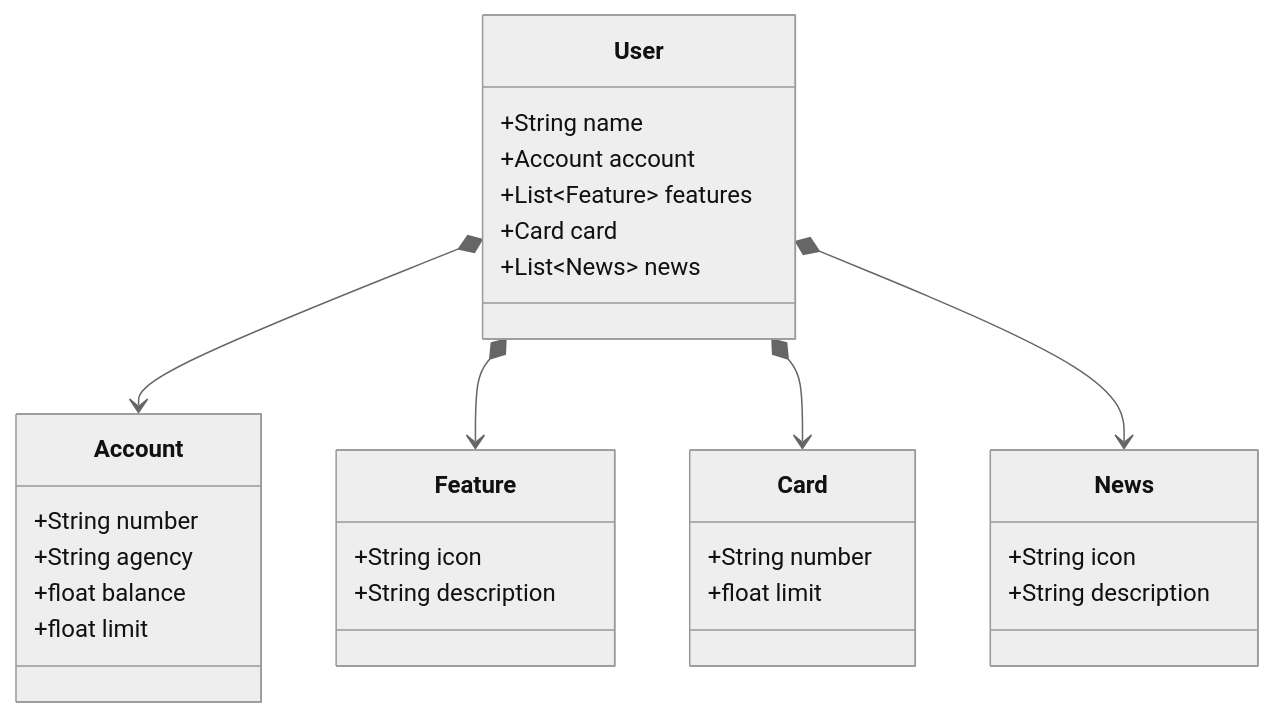
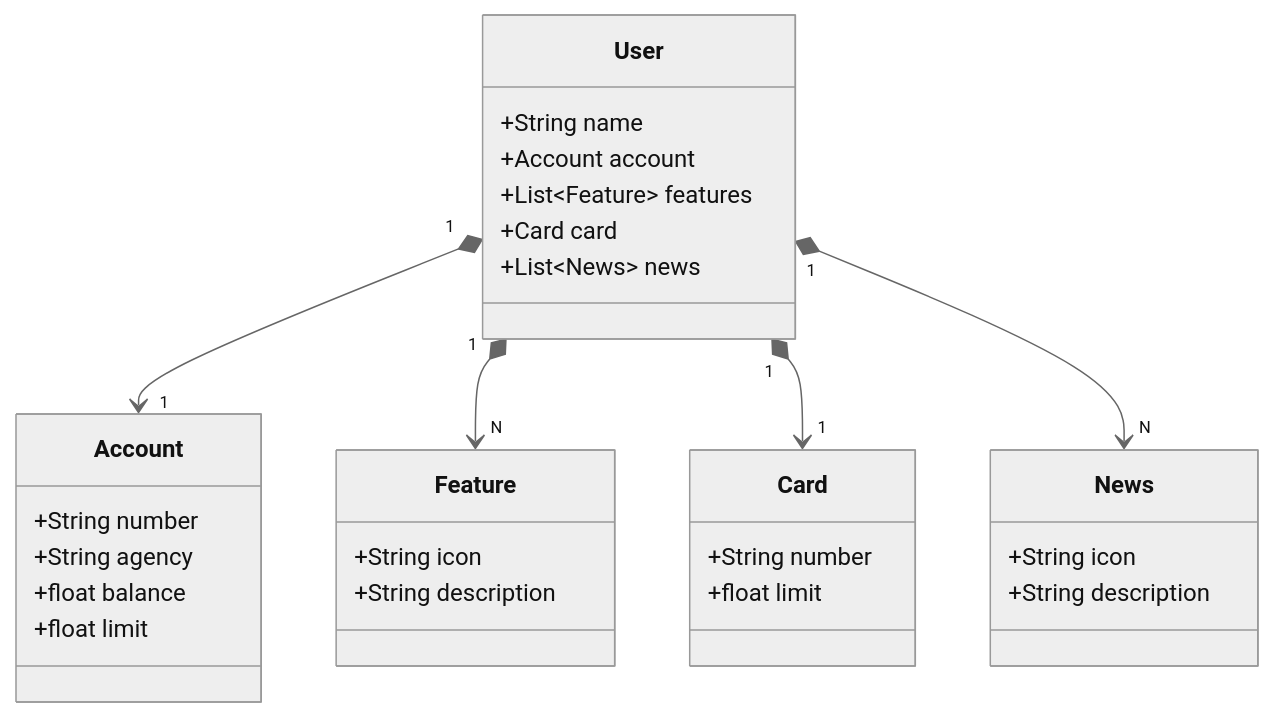
One commit to eloizaams/dio-railway changed the diagram in README.md. Above: the diagram before and after it, drawn with Mermaid (neutral theme).

````diff
--- a/README.md
+++ b/README.md
@@ -5,38 +5,38 @@
 ```mermaid
 classDiagram
     class User {
         +String name
         +Account account
         +List~Feature~ features
         +Card card
         +List~News~ news
     }
 
     class Account {
         +String number
         +String agency
         +float balance
         +float limit
     }
 
     class Feature {
         +String icon
         +String description
     }
 
     class Card {
         +String number
         +float limit
     }
 
     class News {
         +String icon
         +String description
     }
 
-    User *--> Account
-    User *--> Feature
-    User *--> Card
-    User *--> News
+    User "1"*--> "1"Account
+    User"1" *--> "N"Feature
+    User "1"*-->"1" Card
+    User"1" *-->"N" News
 
 ```
````
